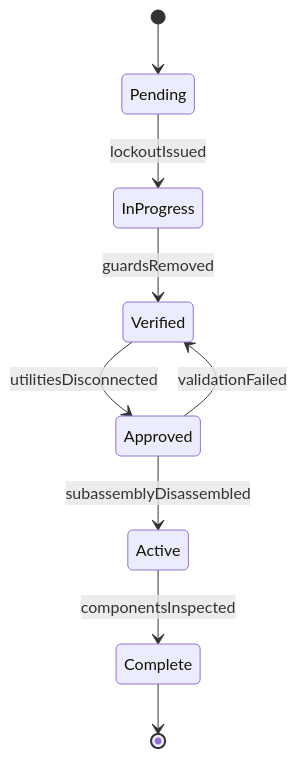
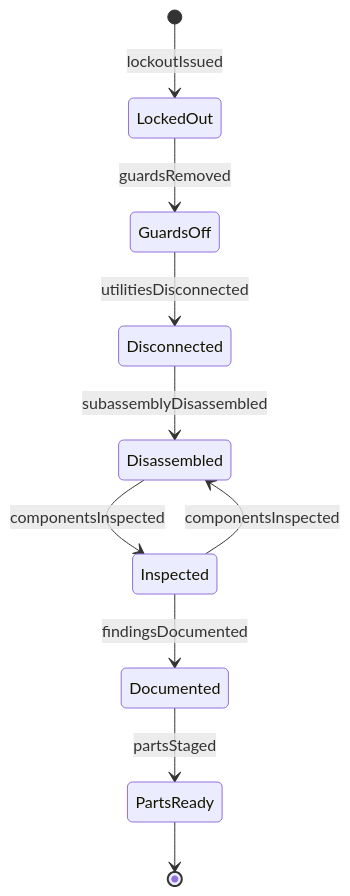
The second of 4 diagrams in HandlingAndMovingObjects/DisassembleEquipment/DisassembleEquipmentMaintenanceRepair.mdx (dot-org-ai/tasks.org.ai), drawn with Mermaid before and after one commit. The commit also changed other lines of this file and 515 other files, not shown here.

````diff
--- a/HandlingAndMovingObjects/DisassembleEquipment/DisassembleEquipmentMaintenanceRepair.mdx
+++ b/HandlingAndMovingObjects/DisassembleEquipment/DisassembleEquipmentMaintenanceRepair.mdx
@@ -100,11 +101,12 @@
 ```mermaid
 stateDiagram-v2
-    [*] --> Pending
-    Pending --> InProgress : lockoutIssued
-    InProgress --> Verified : guardsRemoved
-    Verified --> Approved : utilitiesDisconnected
-    Approved --> Active : subassemblyDisassembled
-    Active --> Complete : componentsInspected
-    Approved --> Verified : validationFailed
-    Complete --> [*]
+    [*] --> LockedOut : lockoutIssued
+    LockedOut --> GuardsOff : guardsRemoved
+    GuardsOff --> Disconnected : utilitiesDisconnected
+    Disconnected --> Disassembled : subassemblyDisassembled
+    Disassembled --> Inspected : componentsInspected
+    Inspected --> Documented : findingsDocumented
+    Documented --> PartsReady : partsStaged
+    Inspected --> Disassembled : componentsInspected
+    PartsReady --> [*]
 ```
````
